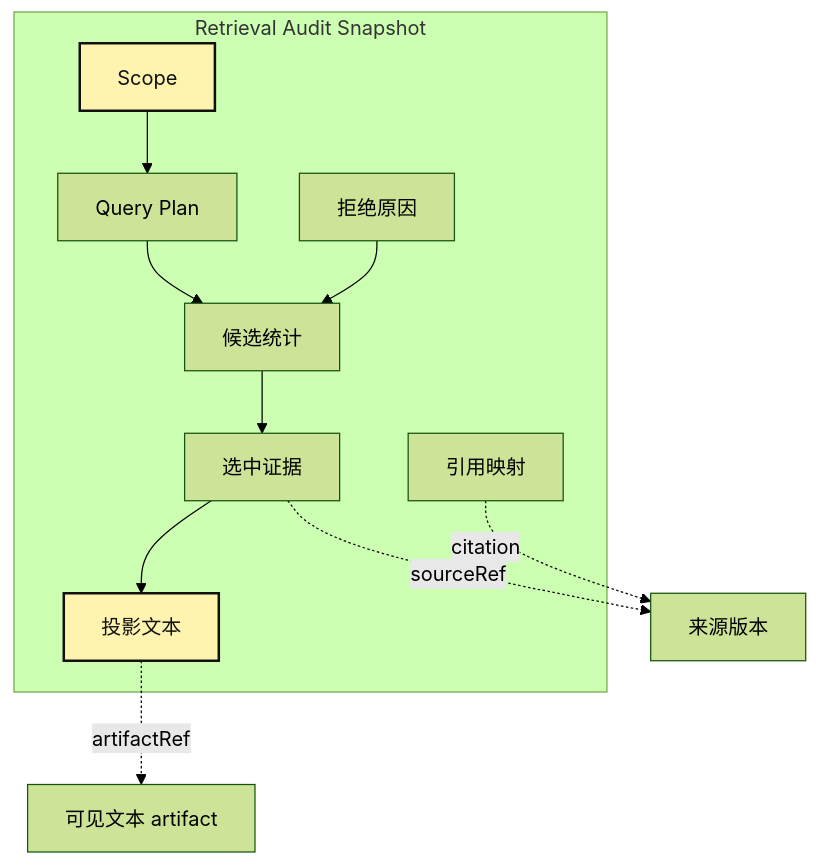
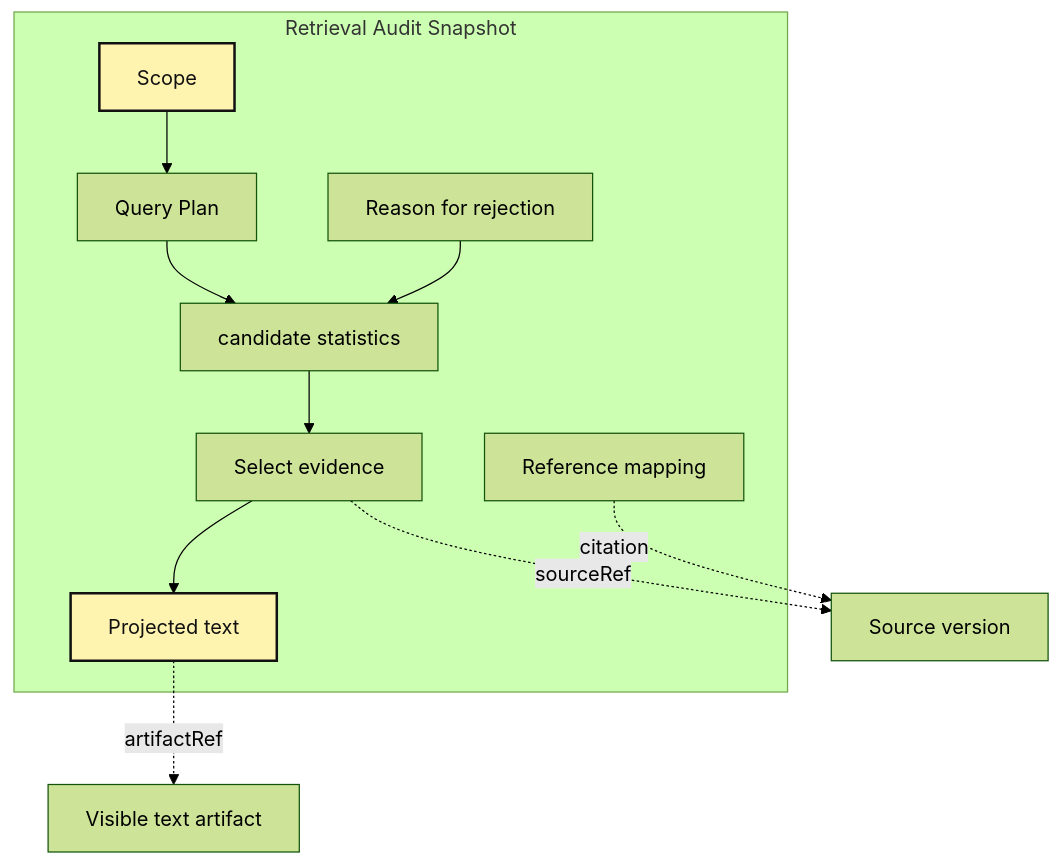
Before and after one commit to LienJack/learn-agent: the diagram in src/content/blog/en/AI/build-harness/assets/00-21-scoped-retrieval-audit-snapshot/mermaid-06.mmd, drawn with Mermaid (forest theme). The commit also changed 665 other files, not shown here.

```diff
--- a/src/content/blog/en/AI/build-harness/assets/00-21-scoped-retrieval-audit-snapshot/mermaid-06.mmd
+++ b/src/content/blog/en/AI/build-harness/assets/00-21-scoped-retrieval-audit-snapshot/mermaid-06.mmd
@@ -1,21 +1,21 @@
 flowchart TB
   subgraph "Retrieval Audit Snapshot"
     SC["Scope"]
     PL["Query Plan"]
-    CA["候选统计"]
-    SE["选中证据"]
-    RJ["拒绝原因"]
-    PR["投影文本"]
-    CM["引用映射"]
+    CA["candidate statistics"]
+    SE["Select evidence"]
+    RJ["Reason for rejection"]
+    PR["Projected text"]
+    CM["Reference mapping"]
   end
 
-  SE -.sourceRef.-> SRC["来源版本"]
-  PR -.artifactRef.-> ART["可见文本 artifact"]
+  SE -.sourceRef.-> SRC["Source version"]
+  PR -.artifactRef.-> ART["Visible text artifact"]
   CM -.citation.-> SRC
   SC --> PL --> CA --> SE --> PR
   RJ --> CA
 
   SC:::hot
   PR:::hot
 
   classDef hot fill:#fff3b0,stroke:#111,stroke-width:2px,color:#111;
```
